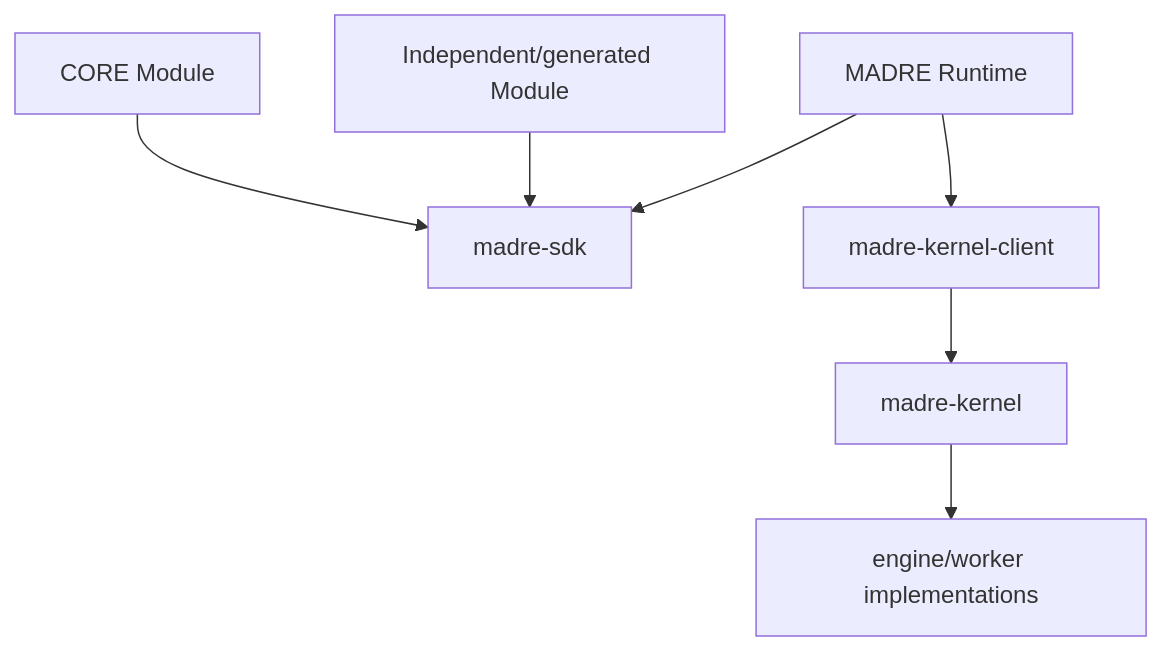
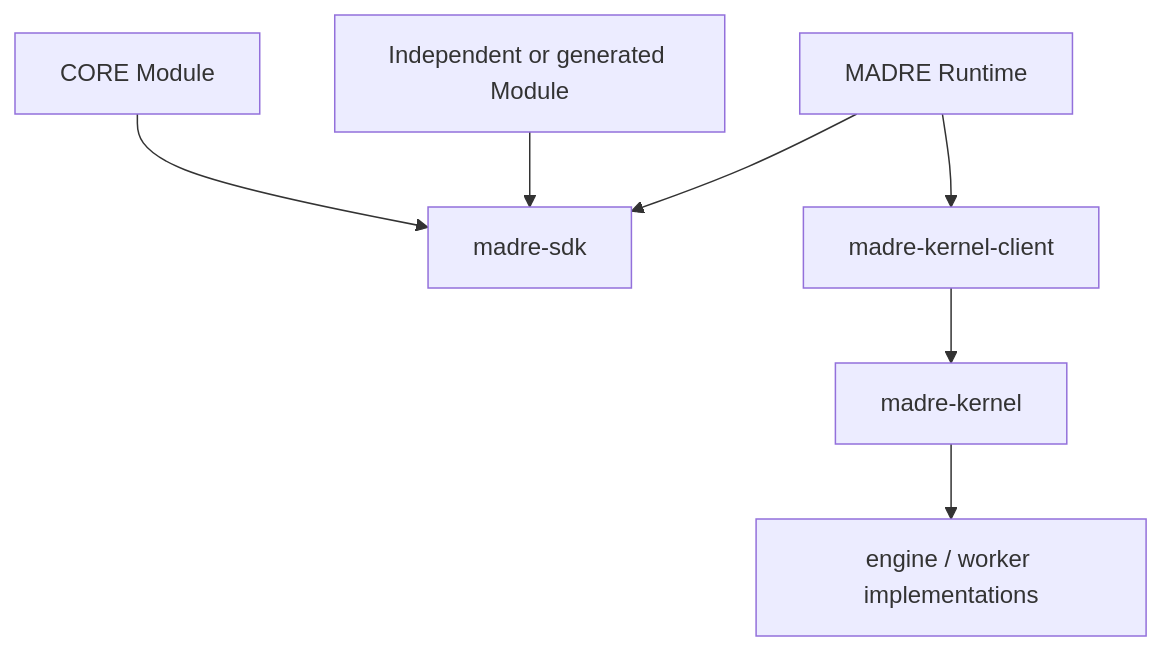
Before and after one commit to DidacLL/MADRE: diagram 12 of 12 in docs/architecture/mid-level-architecture.md, drawn with Mermaid. The commit also changed other lines of this file, not shown here.

Commit message:
docs: restore SPIRA contracts in mid-level architecture

````diff
--- a/docs/architecture/mid-level-architecture.md
+++ b/docs/architecture/mid-level-architecture.md
@@ -449,17 +582,17 @@
 ```mermaid
 flowchart TB
-    SDK[madre-sdk]
-    CORE[CORE Module]
-    MOD[Independent/generated Module]
-    RT[MADRE Runtime]
-    KC[madre-kernel-client]
-    K[madre-kernel]
-    W[engine/worker implementations]
+    SDK["madre-sdk"]
+    CORE["CORE Module"]
+    MOD["Independent or generated Module"]
+    RT["MADRE Runtime"]
+    KC["madre-kernel-client"]
+    K["madre-kernel"]
+    W["engine / worker implementations"]
 
     CORE --> SDK
     MOD --> SDK
     RT --> SDK
     RT --> KC
     KC --> K
     K --> W
 ```
````
